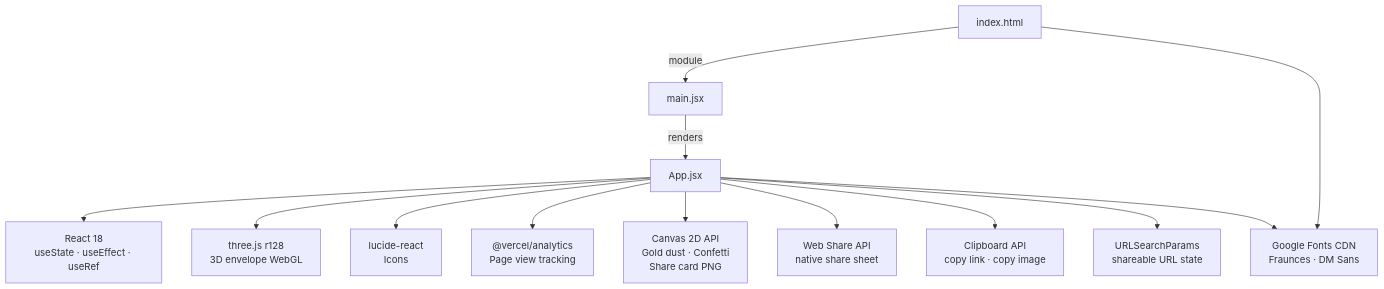
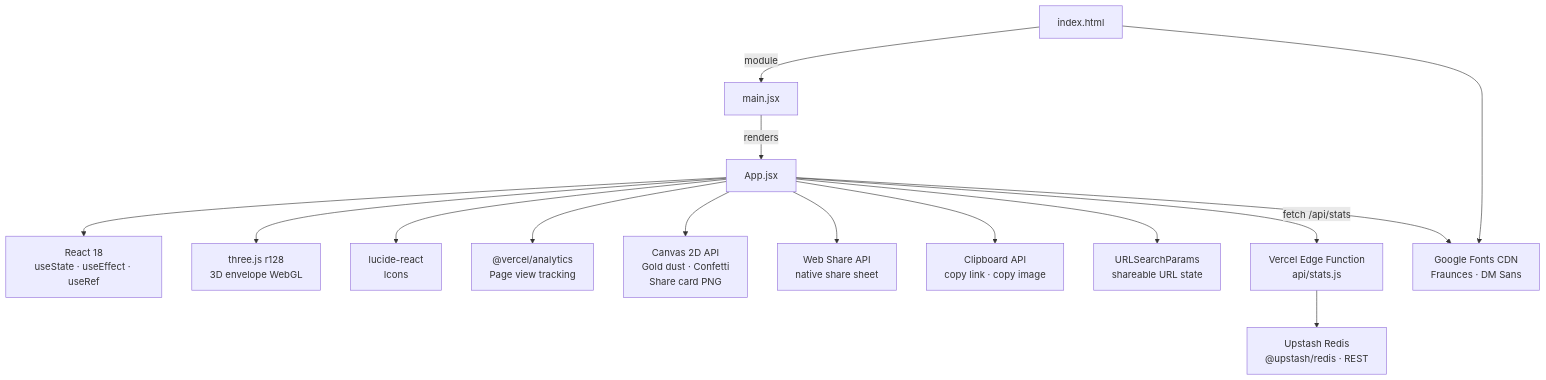
Before and after one commit to iamantoniodinuzzo/bustometro: the diagram in ai_docs/ARCHITECTURE.md, drawn with Mermaid. The commit also changed other lines of this file and 6 other files, not shown here.

First line of the commit message:
feat(stats): add social proof counters via Upstash Redis Edge Function

````diff
--- a/ai_docs/ARCHITECTURE.md
+++ b/ai_docs/ARCHITECTURE.md
@@ -41,18 +44,20 @@
 ```mermaid
 graph TD
     index.html -->|module| main.jsx
     main.jsx -->|renders| App.jsx
 
     App.jsx --> React["React 18\nuseState · useEffect · useRef"]
     App.jsx --> Three["three.js r128\n3D envelope WebGL"]
     App.jsx --> Lucide["lucide-react\nIcons"]
     App.jsx --> Analytics["@vercel/analytics\nPage view tracking"]
 
     App.jsx --> Canvas2D["Canvas 2D API\nGold dust · Confetti\nShare card PNG"]
     App.jsx --> WebShare["Web Share API\nnative share sheet"]
     App.jsx --> ClipboardAPI["Clipboard API\ncopy link · copy image"]
     App.jsx --> URLSearchParams["URLSearchParams\nshareable URL state"]
+    App.jsx -->|fetch /api/stats| EdgeFn["Vercel Edge Function\napi/stats.js"]
+    EdgeFn --> Upstash["Upstash Redis\n@upstash/redis · REST"]
 
     index.html --> GoogleFonts["Google Fonts CDN\nFraunces · DM Sans"]
     App.jsx --> GoogleFonts
 ```
````
